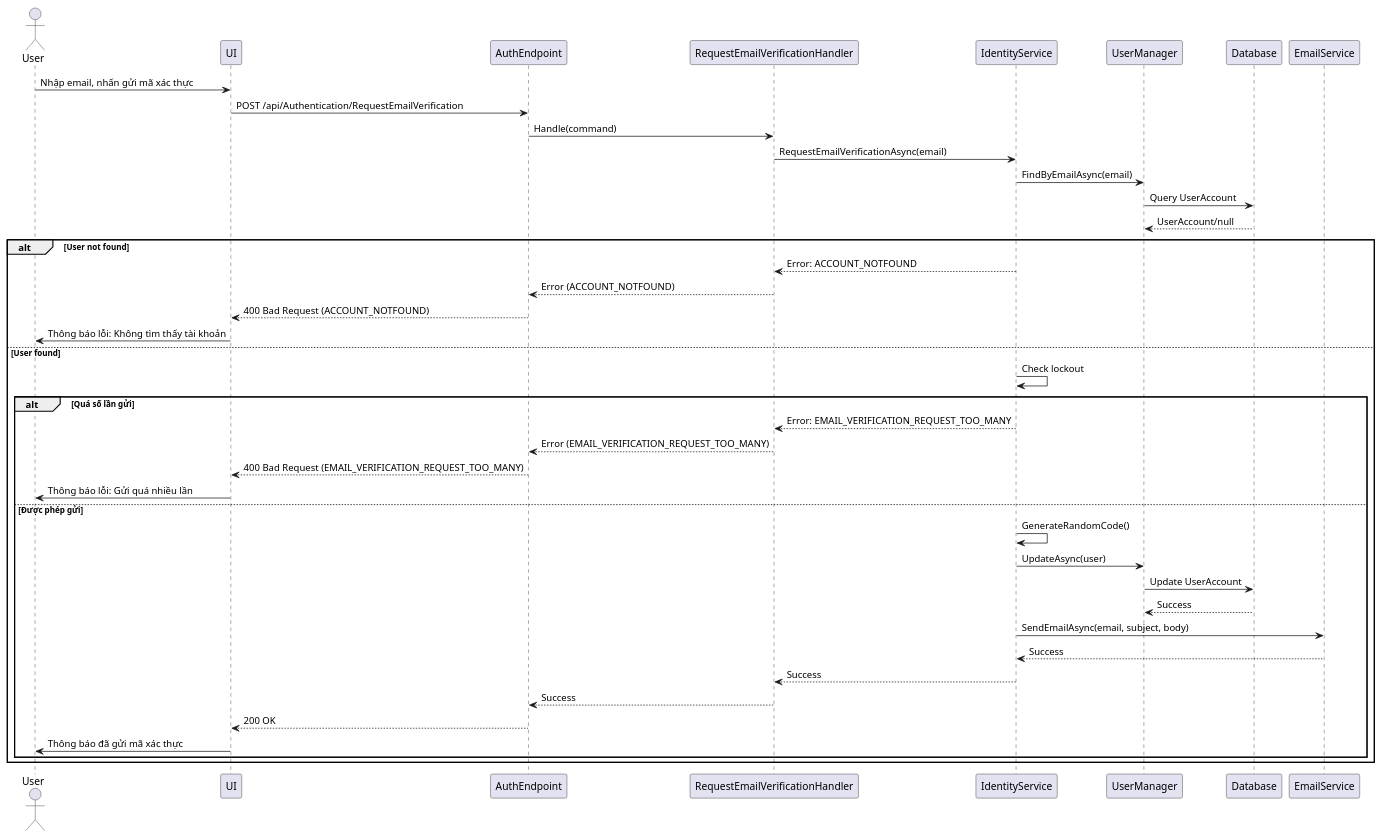
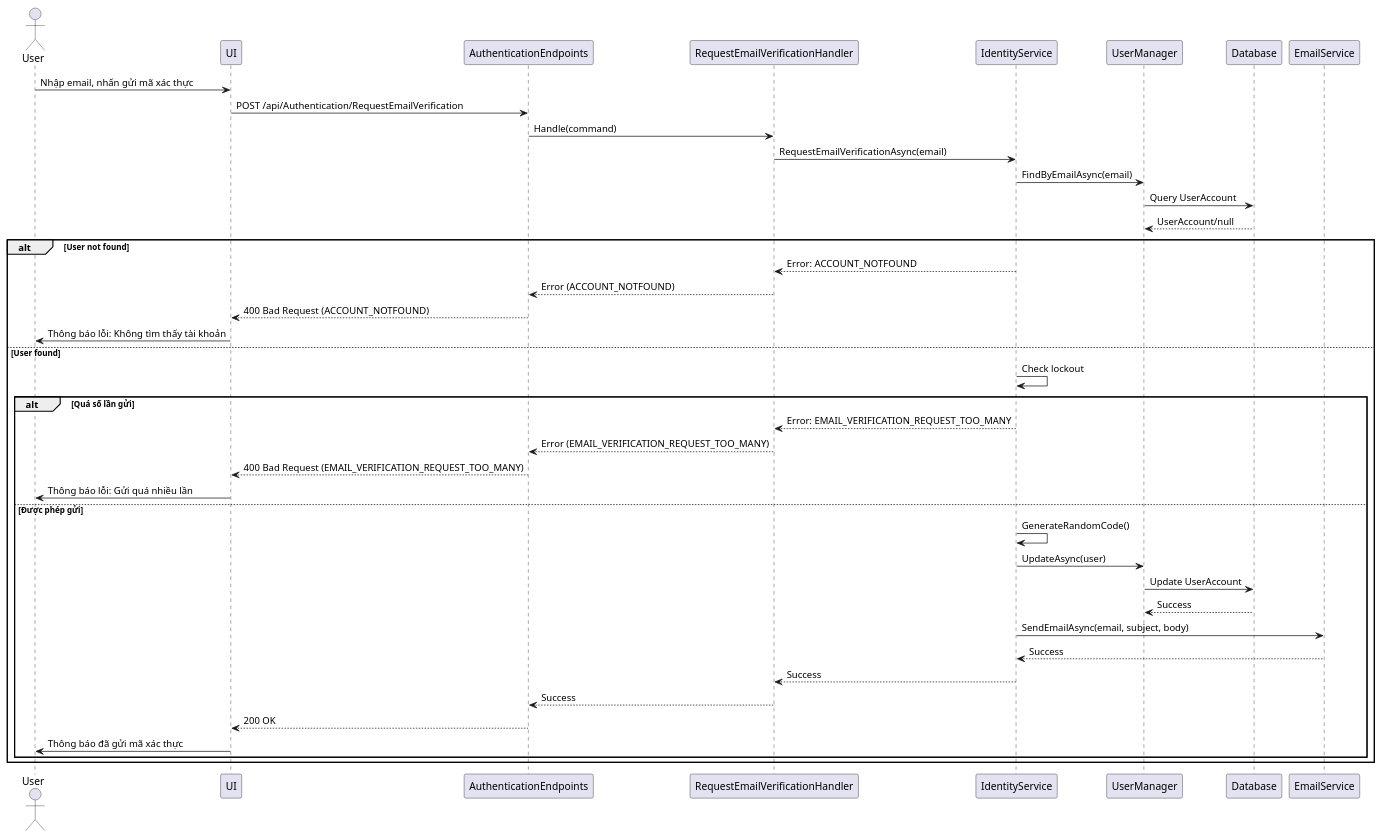
Before and after one commit to thanhkhac/SEP_Diagram: the diagram in authentication/Sequence/06_RequestEmailVerification.puml, drawn with PlantUML. The commit also changed 7 other files, not shown here.

First line of the commit message:
Rename AuthEndpoint to AuthenticationEndpoints in diagrams

```diff
--- a/authentication/Sequence/06_RequestEmailVerification.puml
+++ b/authentication/Sequence/06_RequestEmailVerification.puml
@@ -1,43 +1,43 @@
 @startuml
 actor User
 participant UI
-participant AuthEndpoint
+participant AuthenticationEndpoints
 participant RequestEmailVerificationHandler
 participant IdentityService
 participant UserManager
 participant Database
 participant EmailService
 
 User -> UI : Nhập email, nhấn gửi mã xác thực
-UI -> AuthEndpoint : POST /api/Authentication/RequestEmailVerification
-AuthEndpoint -> RequestEmailVerificationHandler : Handle(command)
+UI -> AuthenticationEndpoints : POST /api/Authentication/RequestEmailVerification
+AuthenticationEndpoints -> RequestEmailVerificationHandler : Handle(command)
 RequestEmailVerificationHandler -> IdentityService : RequestEmailVerificationAsync(email)
 IdentityService -> UserManager : FindByEmailAsync(email)
 UserManager -> Database : Query UserAccount
 Database --> UserManager : UserAccount/null
 alt User not found
     IdentityService --> RequestEmailVerificationHandler : Error: ACCOUNT_NOTFOUND
-    RequestEmailVerificationHandler --> AuthEndpoint : Error (ACCOUNT_NOTFOUND)
-    AuthEndpoint --> UI : 400 Bad Request (ACCOUNT_NOTFOUND)
+    RequestEmailVerificationHandler --> AuthenticationEndpoints : Error (ACCOUNT_NOTFOUND)
+    AuthenticationEndpoints --> UI : 400 Bad Request (ACCOUNT_NOTFOUND)
     UI -> User : Thông báo lỗi: Không tìm thấy tài khoản
 else User found
     IdentityService -> IdentityService : Check lockout
     alt Quá số lần gửi
         IdentityService --> RequestEmailVerificationHandler : Error: EMAIL_VERIFICATION_REQUEST_TOO_MANY
-        RequestEmailVerificationHandler --> AuthEndpoint : Error (EMAIL_VERIFICATION_REQUEST_TOO_MANY)
-        AuthEndpoint --> UI : 400 Bad Request (EMAIL_VERIFICATION_REQUEST_TOO_MANY)
+        RequestEmailVerificationHandler --> AuthenticationEndpoints : Error (EMAIL_VERIFICATION_REQUEST_TOO_MANY)
+        AuthenticationEndpoints --> UI : 400 Bad Request (EMAIL_VERIFICATION_REQUEST_TOO_MANY)
         UI -> User : Thông báo lỗi: Gửi quá nhiều lần
     else Được phép gửi
         IdentityService -> IdentityService : GenerateRandomCode()
         IdentityService -> UserManager : UpdateAsync(user)
         UserManager -> Database : Update UserAccount
         Database --> UserManager : Success
         IdentityService -> EmailService : SendEmailAsync(email, subject, body)
         EmailService --> IdentityService : Success
         IdentityService --> RequestEmailVerificationHandler : Success
-        RequestEmailVerificationHandler --> AuthEndpoint : Success
-        AuthEndpoint --> UI : 200 OK
+        RequestEmailVerificationHandler --> AuthenticationEndpoints : Success
+        AuthenticationEndpoints --> UI : 200 OK
         UI -> User : Thông báo đã gửi mã xác thực
     end
 end
 @enduml
```
